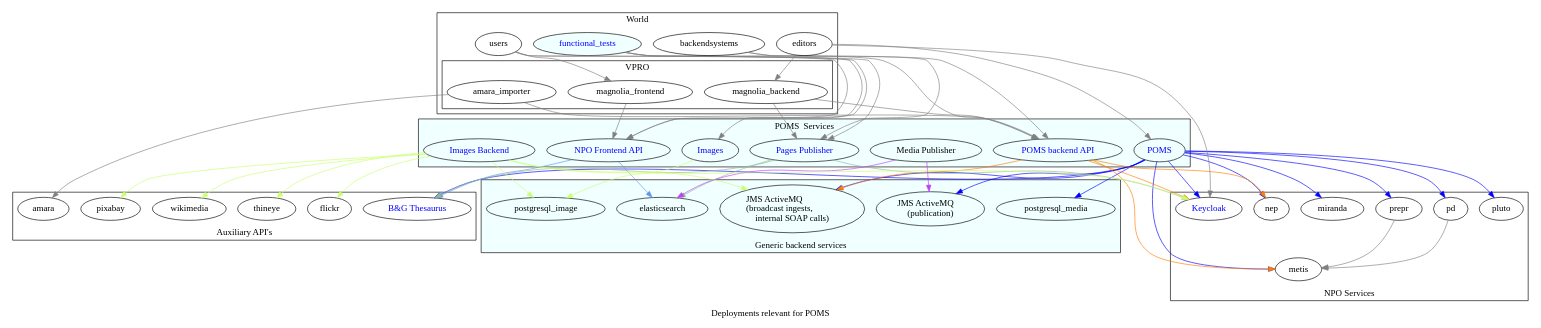
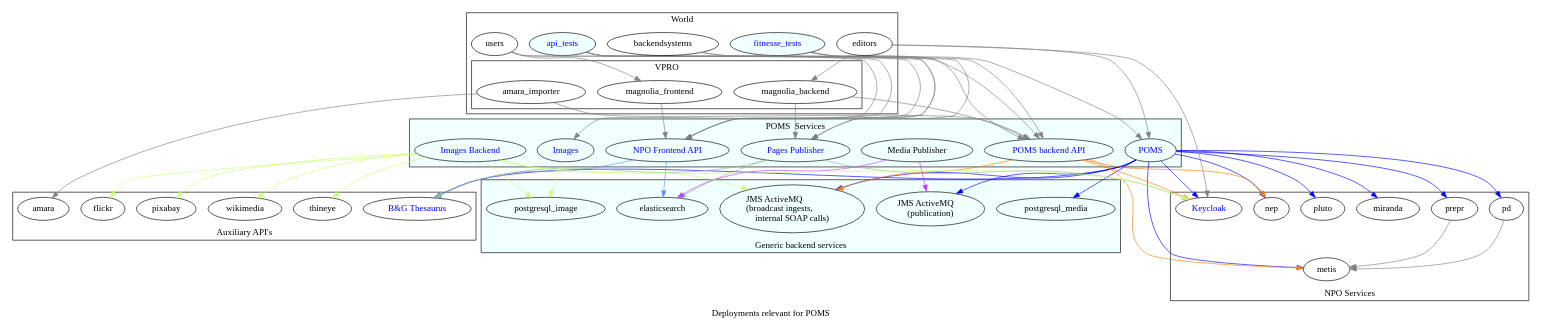
The diagram in poms-deployment.dot (npo-poms/poms-parent), drawn with Graphviz before and after one commit. The commit also changed 2 other files, not shown here.

Commit message:
added api-tests also here

```diff
--- a/poms-deployment.dot
+++ b/poms-deployment.dot
@@ -1,178 +1,193 @@
 digraph poms_universe {
 
     label="Deployments relevant for POMS"
     edge [
       color=gray
     ]
 
     poms [ label="POMS" href="https://poms.omroep.nl/" fontcolor=blue ]
     poms_backend [ label="POMS backend API" href="https://api.poms.omroep.nl/" fontcolor=blue ]
     api [ label = "NPO Frontend API" href="https://rs.poms.omroep.nl/" fontcolor=blue ]
     pages_publish [ label = "Pages Publisher"     href="https://publish.pages.omroep.nl/" fontcolor=blue ]
     media_publish [ label = "Media Publisher" ]
     images_frontend [ label = "Images" href="https://images.poms.omroep.nl" fontcolor=blue]
     images_backend [ label = "Images Backend" href="https://poms.omroep.nl/images/" fontcolor=blue ]
     gtaa [ label ="B&G Thesaurus"  href="http://gtaa.beeldengeluid.nl/" fontcolor=blue]
     thineye
-    functional_tests [
+    api_tests [
        fillcolor=azure
        style=filled
-       href="https://jenkins.vpro.nl/job/POMS%20Functional%20Tests/"
+       href="https://git.vpro.nl/npo/test/api-tests/pipelines"
+       fontcolor="blue"
+    ]
+
+    fitnesse_tests [
+       fillcolor=azure
+       style=filled
+       href="https://jenkins.vpro.nl/view/POMS/job/POMS-Fitnesse-Tests/"
        fontcolor="blue"
     ]
 
     subgraph cluster_0  {
       label="Generic backend services"
       labelloc=b
       bgcolor=azure
       postgresql_media
       postgresql_image
       elasticsearch
       jms_ingest [ label = "JMS ActiveMQ\l(broadcast ingests,\linternal SOAP calls)" ]
       jms_publish [ label = "JMS ActiveMQ\l(publication)" ]
     }
 
 
 subgraph cluster_3  {
   label="World"
   users
   backendsystems
   editors
-  functional_tests
+  api_tests
+  fitnesse_tests
 subgraph cluster_2  {
   label="VPRO"
   magnolia_frontend
   magnolia_backend
   amara_importer
 }
 
 }
 subgraph cluster_4  {
   label="POMS  Services"
   bgcolor=azure
   poms
   poms_backend
   pages_publish
   media_publish
   api
   images_frontend
   images_backend
 }
 
 subgraph cluster_5  {
   label="NPO Services"
   labelloc=b
   metis
   pd
   prepr
   miranda
   pluto
   nep
   keycloak [ label = "Keycloak" href="https://ident.poms.omroep.nl/auth/" fontcolor=blue]
 }
 
 subgraph cluster_6 {
   label="Auxiliary API's"
   labelloc=b
   gtaa
   thineye
   wikimedia
   pixabay
   flickr
   amara
 }
 
 editors -> {
   magnolia_backend
   poms
   keycloak
 }
 
 users -> {
   magnolia_frontend
   api
   images_frontend
 }
 
 backendsystems -> {
   poms_backend
   pages_publish
 }
 
 poms -> {
   postgresql_media
   jms_publish
   jms_ingest
   keycloak
   miranda
   prepr
   pd
   metis
   pluto
   nep
   gtaa
 }[color=blue]
 
 poms_backend -> {
   jms_ingest
   metis
   nep
   keycloak
 }[color=darkorange1]
 
 api -> {
   elasticsearch
   gtaa
 }[color=cornflowerblue]
 
 pages_publish-> {
   elasticsearch
   keycloak
   gtaa
 }[color=darkseagreen]
 
 media_publish -> {
   elasticsearch
   jms_publish
 }[color=darkorchid1]
 
 
 images_frontend -> {
   postgresql_image
 }[color=darkolivegreen1]
 
 images_backend -> {
   postgresql_image
   jms_ingest
   keycloak
   thineye
   wikimedia
   pixabay
   flickr
 }[color=darkolivegreen1]
 
 magnolia_backend -> {
   poms_backend
   pages_publish
 }
 
 magnolia_frontend -> {
   api
 }
 
 prepr -> metis
 pd -> metis
 
 
-functional_tests -> {
+api_tests -> {
   poms_backend
   pages_publish
   api
 }
+
+fitnesse_tests -> {
+  poms_backend
+  poms
+  api
+}
+
 
 amara_importer -> {
   poms_backend
   amara
 }
 
 }
```
